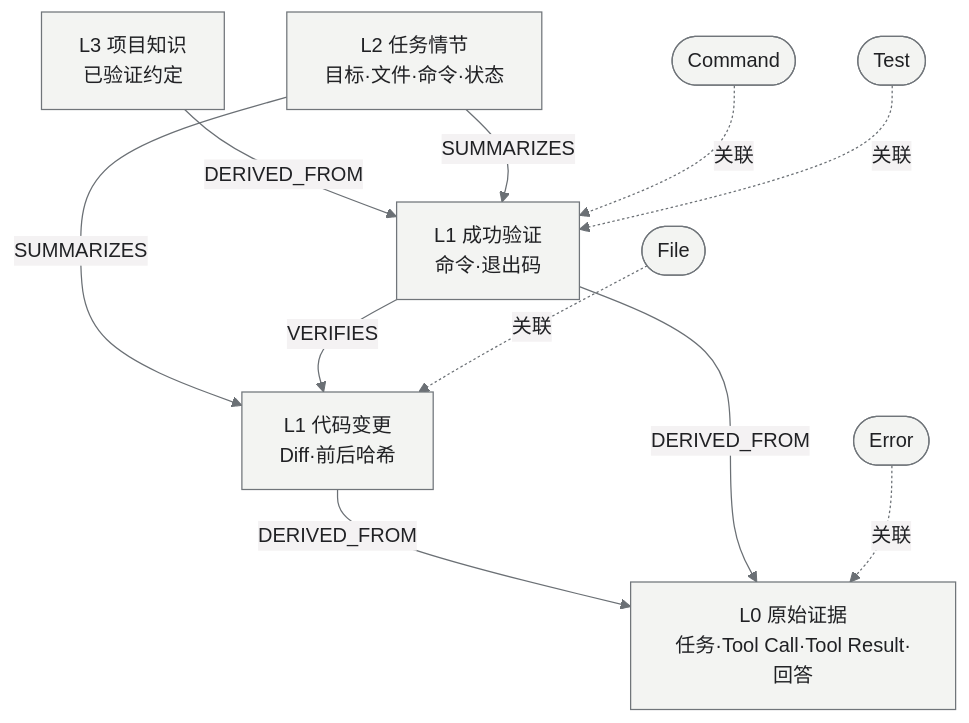
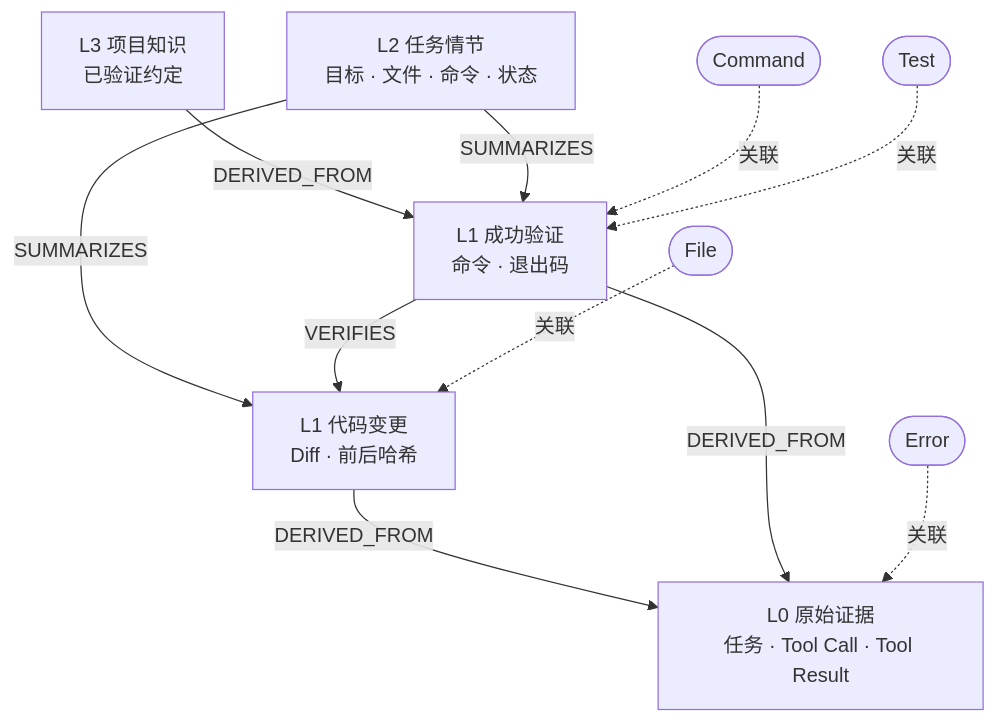
Before and after one commit to mitbff/trace-coding-agent: the second of 2 diagrams in README.md, drawn with Mermaid. The commit also changed other lines of this file and 1 other file, not shown here.

Commit message:
docs: clarify architecture and traceable memory

````diff
--- a/README.md
+++ b/README.md
@@ -56,21 +108,20 @@
 ```mermaid
-%%{init: {'theme':'base','themeVariables':{'primaryColor':'#f3f4f2','primaryTextColor':'#202124','primaryBorderColor':'#70757a','lineColor':'#6b7075','clusterBkg':'#fafafa','clusterBorder':'#a8adb1'}}}%%
 flowchart TB
   L3[L3 项目知识<br/>已验证约定]
-  L2[L2 任务情节<br/>目标·文件·命令·状态]
-  C[L1 代码变更<br/>Diff·前后哈希]
-  V[L1 成功验证<br/>命令·退出码]
-  L0[L0 原始证据<br/>任务·Tool Call·Tool Result·回答]
+  L2[L2 任务情节<br/>目标 · 文件 · 命令 · 状态]
+  C[L1 代码变更<br/>Diff · 前后哈希]
+  V[L1 成功验证<br/>命令 · 退出码]
+  L0[L0 原始证据<br/>任务 · Tool Call · Tool Result]
 
   L3 -->|DERIVED_FROM| V
   L2 -->|SUMMARIZES| C
   L2 -->|SUMMARIZES| V
   C -->|DERIVED_FROM| L0
   V -->|DERIVED_FROM| L0
   V -->|VERIFIES| C
 
-  F([File]) -. 关联 .-> C
-  CMD([Command]) -. 关联 .-> V
-  T([Test]) -. 关联 .-> V
-  E([Error]) -. 关联 .-> L0
+  F([File]) -.关联.-> C
+  CMD([Command]) -.关联.-> V
+  T([Test]) -.关联.-> V
+  E([Error]) -.关联.-> L0
 ```
````
